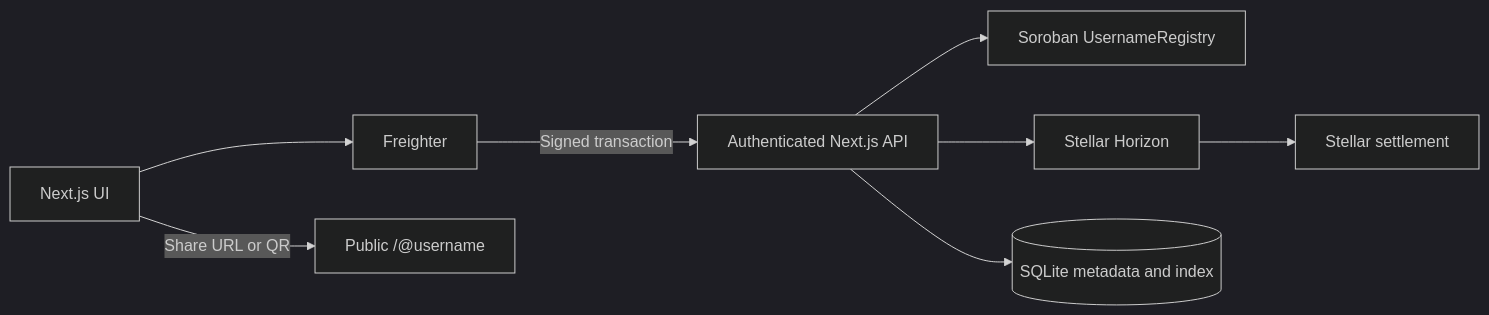
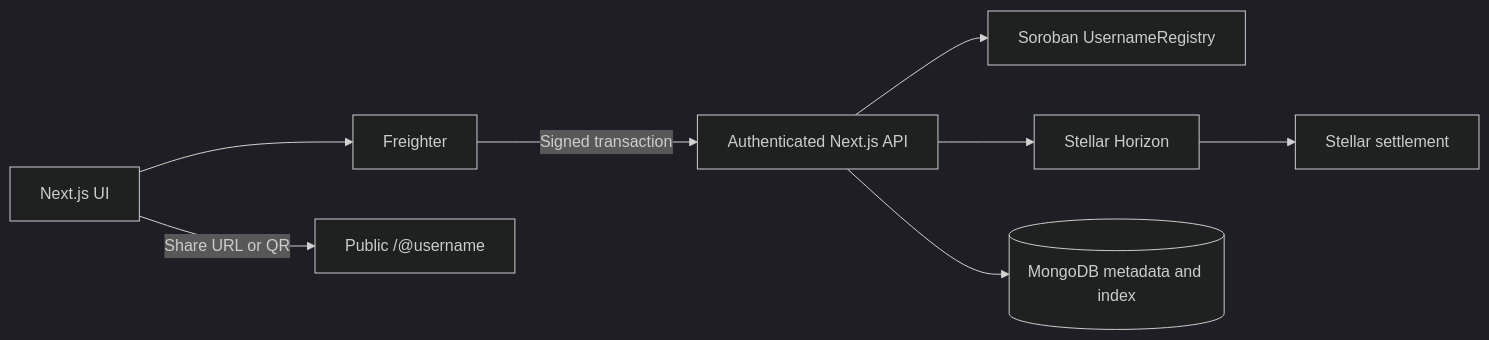
One commit to samscript18/sylarpay changed the first of 3 diagrams in docs/ARCHITECTURE.md. Above: the diagram before and after it, drawn with Mermaid (dark theme). The commit also changed other lines of this file and 8 other files, not shown here.

````diff
--- a/docs/ARCHITECTURE.md
+++ b/docs/ARCHITECTURE.md
@@ -5,10 +5,10 @@
 ```mermaid
 flowchart LR
   UI[Next.js UI] --> Wallet[Freighter]
   Wallet -->|Signed transaction| API[Authenticated Next.js API]
   API --> Registry[Soroban UsernameRegistry]
   API --> Horizon[Stellar Horizon]
-  API --> DB[(SQLite metadata and index)]
+  API --> DB[(MongoDB metadata and index)]
   Horizon --> Ledger[Stellar settlement]
   UI -->|Share URL or QR| Profile[Public /@username]
 ```
````
